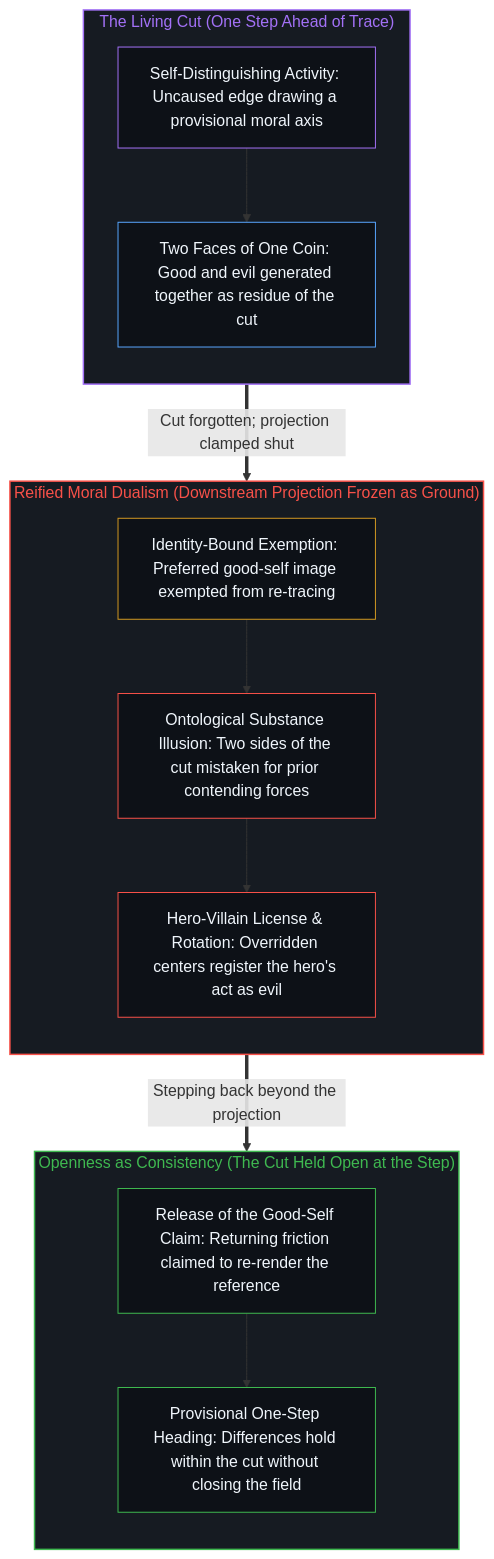
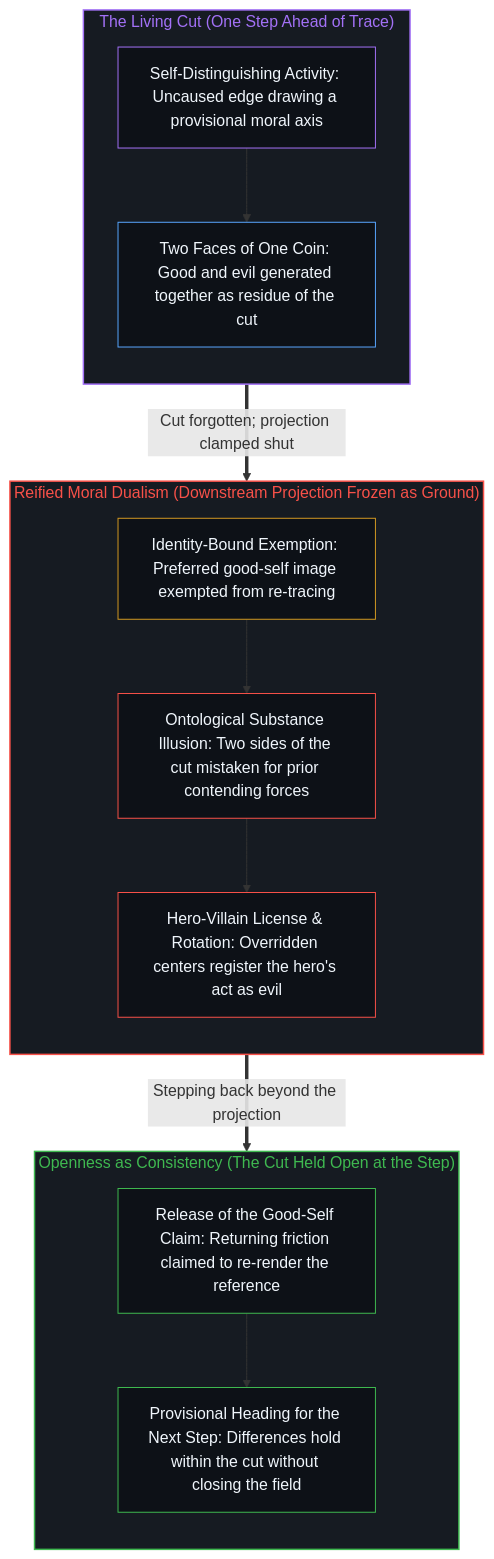
One commit to powerpig99/not-a-toe changed the second of 2 diagrams in content/posts/good-and-evil-are-the-two-sides-of-the-coin-and-the-cut.md. Above: the diagram before and after it, drawn with Mermaid. The commit also changed other lines of this file and 7 other files, not shown here.

````diff
--- a/content/posts/good-and-evil-are-the-two-sides-of-the-coin-and-the-cut.md
+++ b/content/posts/good-and-evil-are-the-two-sides-of-the-coin-and-the-cut.md
@@ -98,34 +98,34 @@
 ```mermaid
 flowchart TD
     subgraph S_Cut["The Living Cut (One Step Ahead of Trace)"]
         direction TB
         C_Act["Self-Distinguishing Activity: Uncaused edge drawing a provisional moral axis"]
         C_Two["Two Faces of One Coin: Good and evil generated together as residue of the cut"]
         C_Act --> C_Two
     end
     subgraph S_Freeze["Reified Moral Dualism (Downstream Projection Frozen as Ground)"]
         direction TB
         F_Ex["Identity-Bound Exemption: Preferred good-self image exempted from re-tracing"]
         F_Sub["Ontological Substance Illusion: Two sides of the cut mistaken for prior contending forces"]
         F_Rot["Hero-Villain License & Rotation: Overridden centers register the hero's act as evil"]
         F_Ex --> F_Sub --> F_Rot
     end
     subgraph S_Open["Openness as Consistency (The Cut Held Open at the Step)"]
         direction TB
         O_Rel["Release of the Good-Self Claim: Returning friction claimed to re-render the reference"]
-        O_Head["Provisional One-Step Heading: Differences hold within the cut without closing the field"]
+        O_Head["Provisional Heading for the Next Step: Differences hold within the cut without closing the field"]
         O_Rel --> O_Head
     end
     C_Two ==>|"Cut forgotten; projection clamped shut"| F_Ex
     F_Rot ==>|"Stepping back beyond the projection"| O_Rel
     style S_Cut fill:#161b22,stroke:#a371f7,stroke-width:1.5px,color:#a371f7
     style S_Freeze fill:#161b22,stroke:#f85149,stroke-width:1.5px,color:#f85149
     style S_Open fill:#161b22,stroke:#3fb950,stroke-width:1.5px,color:#3fb950
     style C_Act fill:#0d1117,stroke:#a371f7,stroke-width:1px,color:#f0f6fc
     style C_Two fill:#0d1117,stroke:#58a6ff,stroke-width:1px,color:#f0f6fc
     style F_Ex fill:#0d1117,stroke:#d29922,stroke-width:1px,color:#f0f6fc
     style F_Sub fill:#0d1117,stroke:#f85149,stroke-width:1px,color:#f0f6fc
     style F_Rot fill:#0d1117,stroke:#f85149,stroke-width:1px,color:#f0f6fc
     style O_Rel fill:#0d1117,stroke:#3fb950,stroke-width:1px,color:#f0f6fc
     style O_Head fill:#0d1117,stroke:#3fb950,stroke-width:1px,color:#f0f6fc
 ```
````
